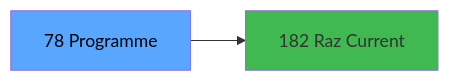
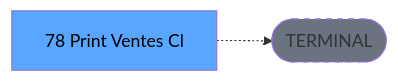
The third of 3 diagrams in .openspec/renders/ADH-IDE-78.md (thonyAGP/lecteur-magic), drawn with Mermaid before and after one commit. The commit also changed other lines of this file and 701 other files, not shown here.

````diff
--- a/.openspec/renders/ADH-IDE-78.md
+++ b/.openspec/renders/ADH-IDE-78.md
@@ -137,8 +137,8 @@
 ```mermaid
 graph LR
-    T[78 Programme]
-    C182[182 Raz Current ]
-    T --> C182
+    T[78 Print Ventes Cl]
+    TERM([TERMINAL])
+    T -.-> TERM
+    style TERM fill:#6b7280,stroke-dasharray: 5 5
     style T fill:#58a6ff,color:#000
-    style C182 fill:#3fb950
 ```
````
